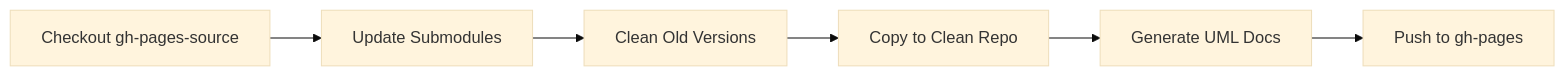
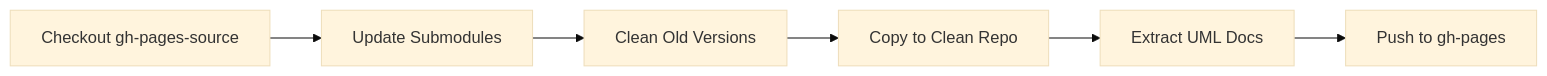
The diagram in README.md (jeanpierrefortune/keyple-api-docs), drawn with Mermaid (base theme) before and after one commit. The commit also changed other lines of this file and 1 other file, not shown here.

First line of the commit message:
docs: clarify UML documentation is extracted, not generated

````diff
--- a/README.md
+++ b/README.md
@@ -73,8 +73,8 @@
 ```mermaid
 graph LR
     A[Checkout gh-pages-source] --> B[Update Submodules]
     B --> C[Clean Old Versions]
     C --> D[Copy to Clean Repo]
-    D --> E[Generate UML Docs]
+    D --> E[Extract UML Docs]
     E --> F[Push to gh-pages]
 ```
````
